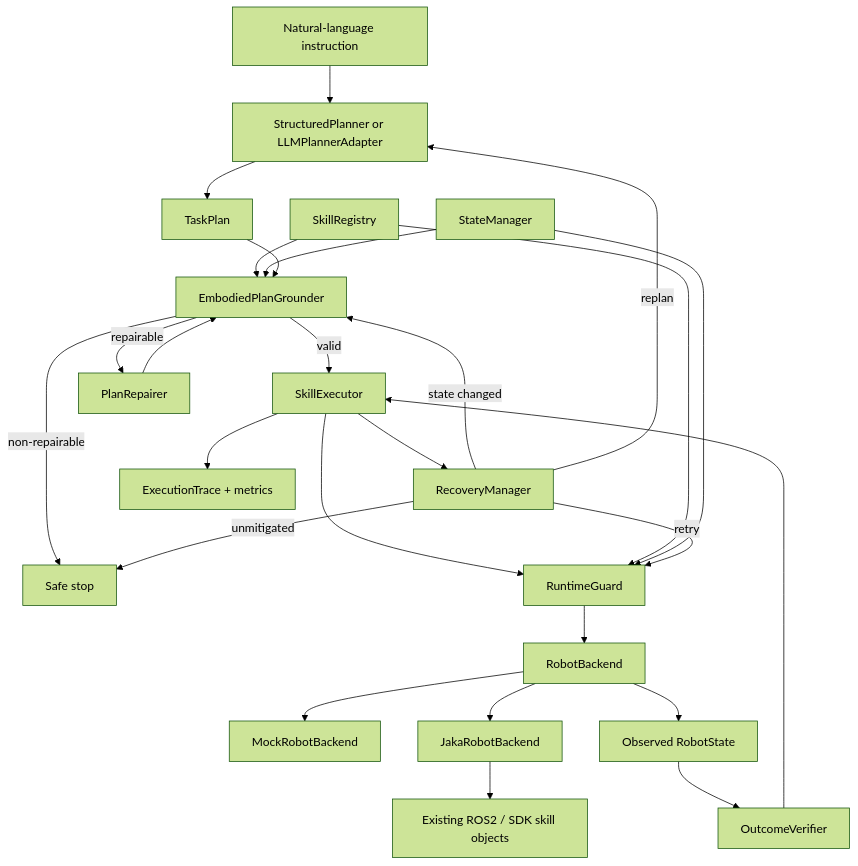
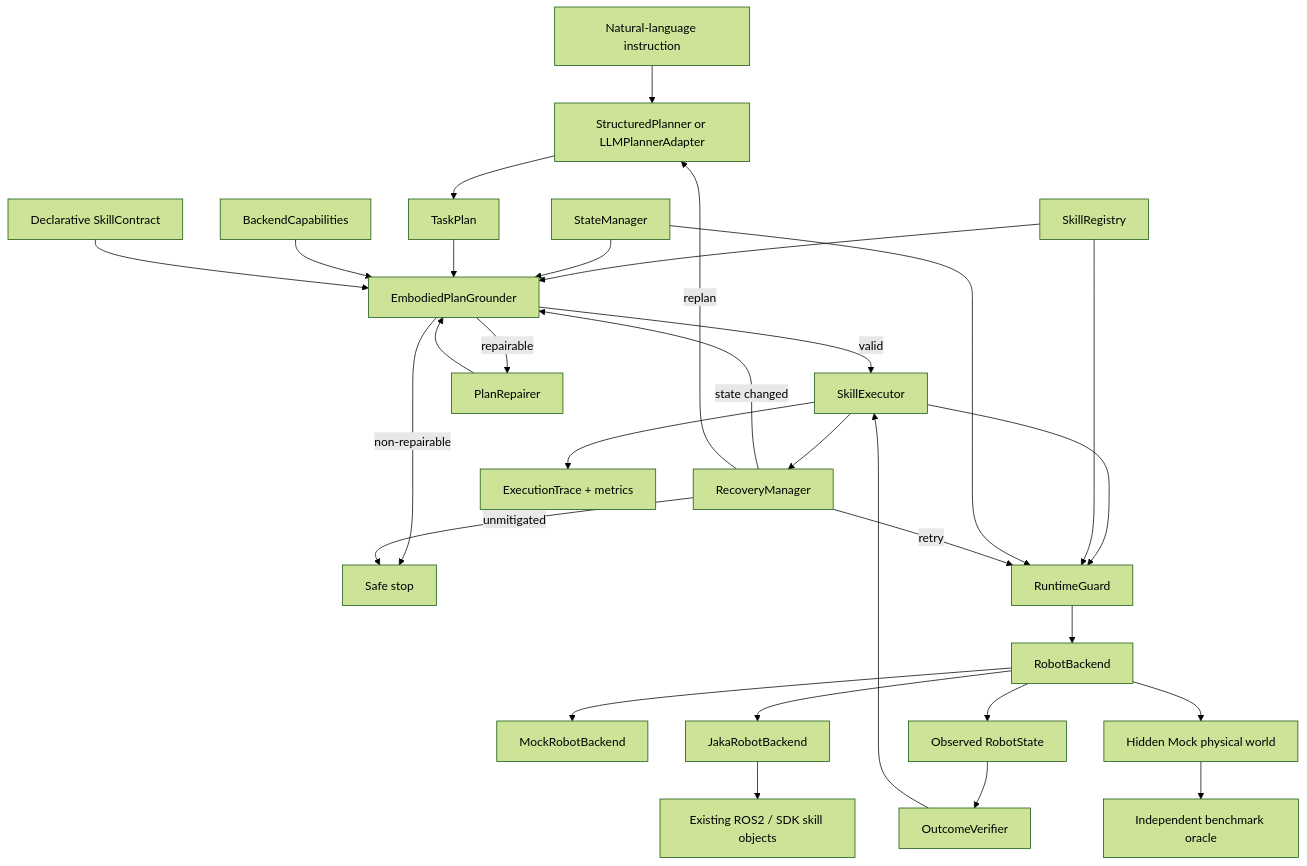
The first of 2 diagrams in docs/NEW_ARCHITECTURE.md (tonyl1angyoko-alt/EmbodiedSkill-ROS), drawn with Mermaid (forest theme) before and after one commit. The commit also changed other lines of this file and 13 other files, not shown here.

````diff
--- a/docs/NEW_ARCHITECTURE.md
+++ b/docs/NEW_ARCHITECTURE.md
@@ -7,28 +7,32 @@
 ```mermaid
 flowchart TB
     I["Natural-language instruction"] --> P["StructuredPlanner or LLMPlannerAdapter"]
     P --> TP["TaskPlan"]
     SR["SkillRegistry"] --> G["EmbodiedPlanGrounder"]
     SM["StateManager"] --> G
     TP --> G
+    BC["BackendCapabilities"] --> G
+    SC["Declarative SkillContract"] --> G
     G -->|valid| E["SkillExecutor"]
     G -->|repairable| PR["PlanRepairer"]
     PR --> G
     G -->|non-repairable| ST["Safe stop"]
     E --> RG["RuntimeGuard"]
     SR --> RG
     SM --> RG
     RG --> B["RobotBackend"]
     B --> M["MockRobotBackend"]
     B --> J["JakaRobotBackend"]
     J --> L["Existing ROS2 / SDK skill objects"]
     B --> O["Observed RobotState"]
+    B --> HW["Hidden Mock physical world"]
+    HW --> BO["Independent benchmark oracle"]
     O --> V["OutcomeVerifier"]
     V --> E
     E --> R["RecoveryManager"]
     R -->|retry| RG
     R -->|state changed| G
     R -->|replan| P
     R -->|unmitigated| ST
     E --> T["ExecutionTrace + metrics"]
 ```
````
